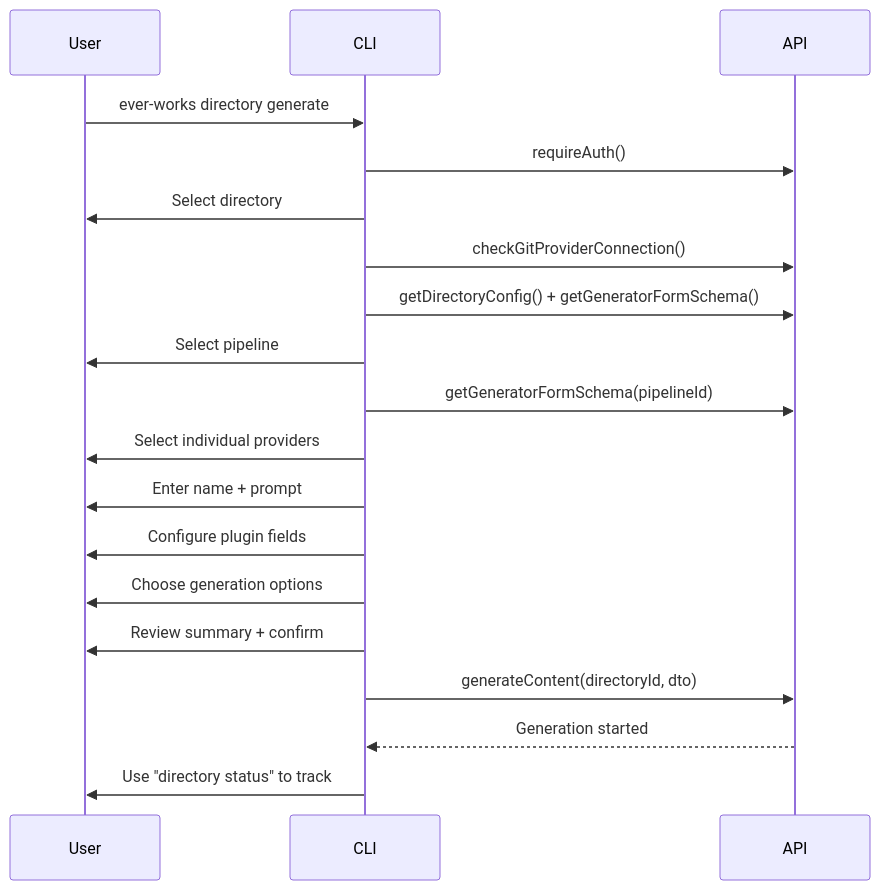
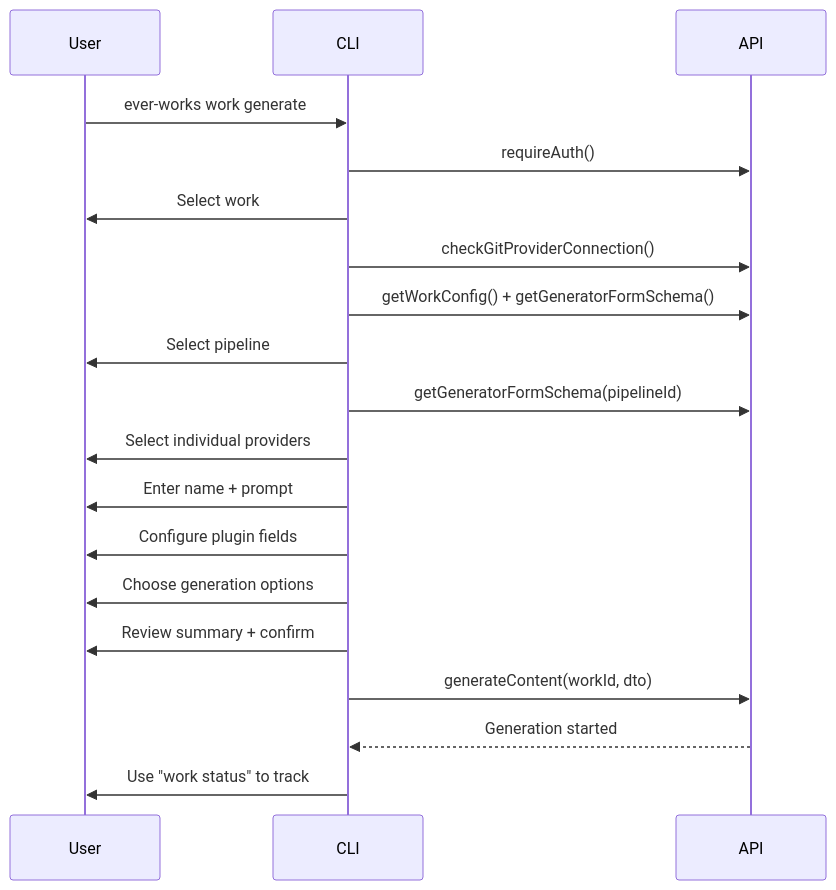
One commit to ever-works/ever-works changed the second of 4 diagrams in docs/cli/generation-commands.md. Above: the diagram before and after it, drawn with Mermaid. The commit also changed other lines of this file and 395 other files, not shown here.

````diff
--- a/docs/cli/generation-commands.md
+++ b/docs/cli/generation-commands.md
@@ -48,22 +48,22 @@
 ```mermaid
 sequenceDiagram
     participant User
     participant CLI
     participant API
 
-    User->>CLI: ever-works directory generate
+    User->>CLI: ever-works work generate
     CLI->>API: requireAuth()
-    CLI->>User: Select directory
+    CLI->>User: Select work
     CLI->>API: checkGitProviderConnection()
-    CLI->>API: getDirectoryConfig() + getGeneratorFormSchema()
+    CLI->>API: getWorkConfig() + getGeneratorFormSchema()
     CLI->>User: Select pipeline
     CLI->>API: getGeneratorFormSchema(pipelineId)
     CLI->>User: Select individual providers
     CLI->>User: Enter name + prompt
     CLI->>User: Configure plugin fields
     CLI->>User: Choose generation options
     CLI->>User: Review summary + confirm
-    CLI->>API: generateContent(directoryId, dto)
+    CLI->>API: generateContent(workId, dto)
     API-->>CLI: Generation started
-    CLI->>User: Use "directory status" to track
+    CLI->>User: Use "work status" to track
 ```
````
